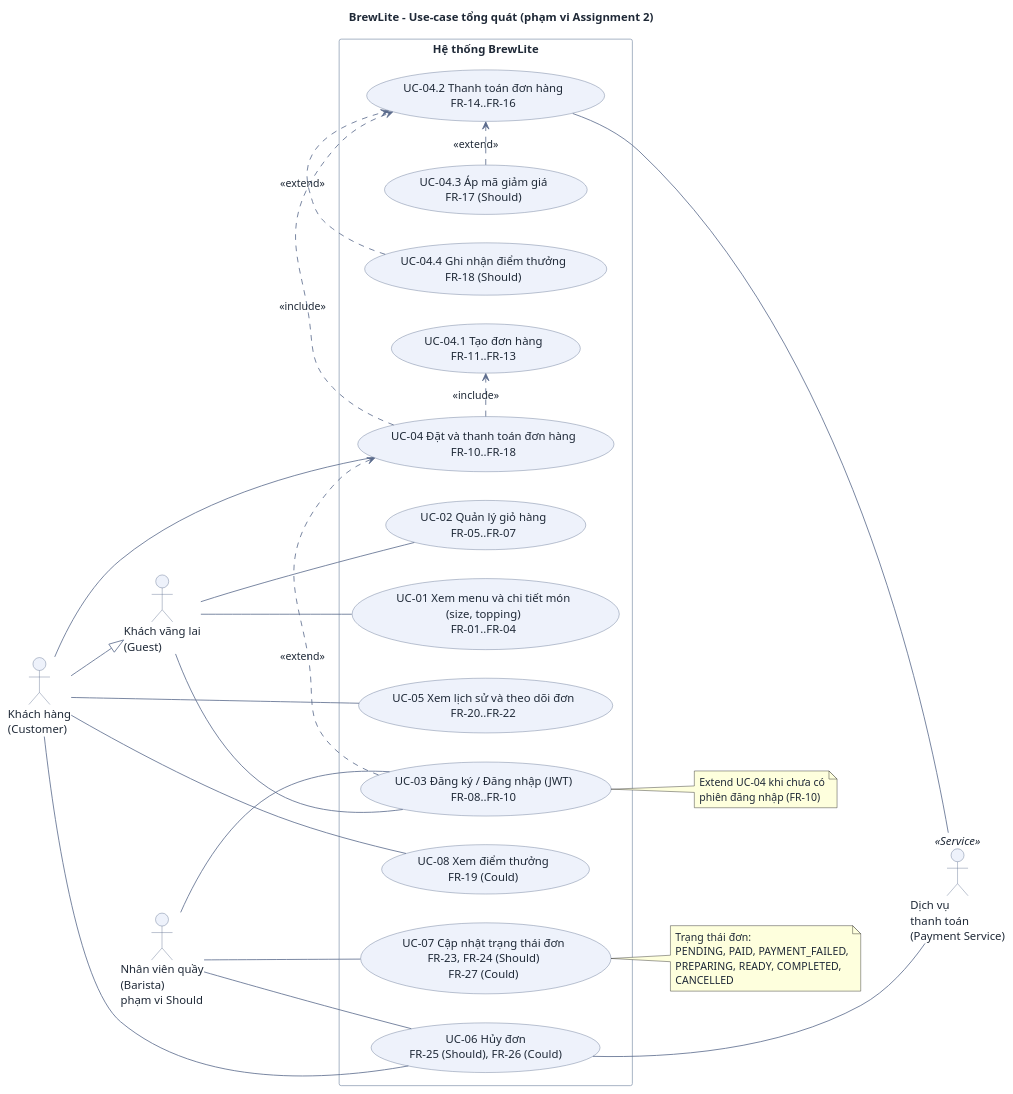
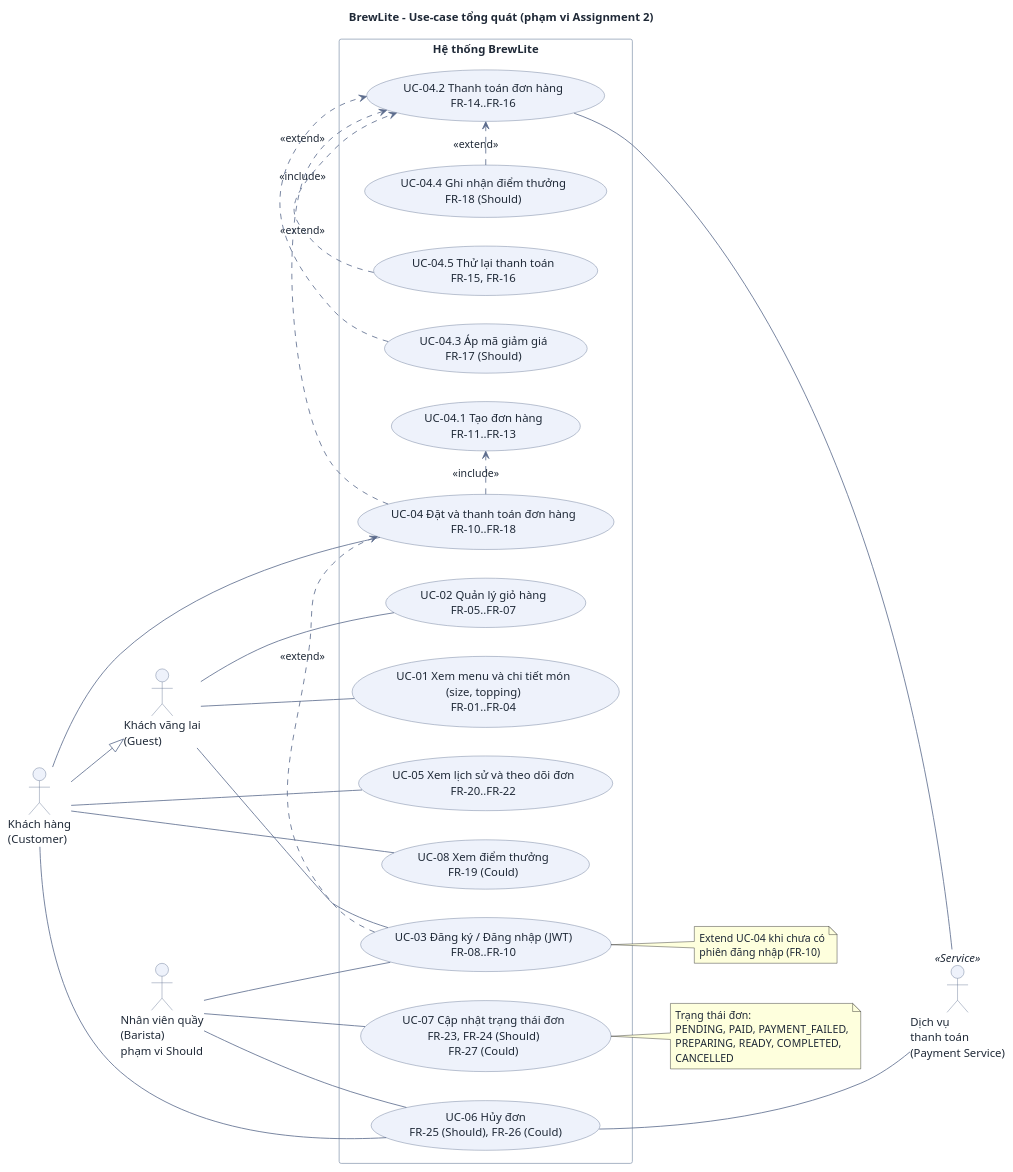
One commit to DuVinhLoi/BrewLite changed the diagram in docs/requirements/use-case-overview.puml. Above: the diagram before and after it, drawn with PlantUML. The commit also changed 5 other files, not shown here.

```diff
--- a/docs/requirements/use-case-overview.puml
+++ b/docs/requirements/use-case-overview.puml
@@ -1,76 +1,78 @@
 @startuml use-case-overview
 ' BrewLite A2 - Use-case diagram tong quat (de A2 3.2 muc 5). Nguon: docs/requirements/srs.md muc 2.
 skinparam DefaultFontColor #1f2937
 skinparam ArrowColor #5b6b8c
 skinparam ArrowFontColor #1f2937
 skinparam PackageBackgroundColor #f8fafc
 skinparam PackageBorderColor #94a3b8
 skinparam RectangleBackgroundColor #ffffff
 skinparam RectangleBorderColor #94a3b8
 skinparam ActorBackgroundColor #eef2fb
 skinparam ActorBorderColor #5b6b8c
 skinparam UsecaseBackgroundColor #eef2fb
 skinparam UsecaseBorderColor #5b6b8c
 skinparam Shadowing false
 
 left to right direction
 
 title BrewLite - Use-case tổng quát (phạm vi Assignment 2)
 
 actor "Khách vãng lai\n(Guest)" as Guest
 actor "Khách hàng\n(Customer)" as Customer
 actor "Nhân viên quầy\n(Barista)\nphạm vi Should" as Barista
 actor "Dịch vụ\nthanh toán\n(Payment Service)" as Pay <<Service>>
 
 Customer --|> Guest
 
 rectangle "Hệ thống BrewLite" {
   usecase "UC-01 Xem menu và chi tiết món\n(size, topping)\nFR-01..FR-04" as UC01
   usecase "UC-02 Quản lý giỏ hàng\nFR-05..FR-07" as UC02
   usecase "UC-03 Đăng ký / Đăng nhập (JWT)\nFR-08..FR-10" as UC03
   usecase "UC-04 Đặt và thanh toán đơn hàng\nFR-10..FR-18" as UC04
   usecase "UC-04.1 Tạo đơn hàng\nFR-11..FR-13" as UC041
   usecase "UC-04.2 Thanh toán đơn hàng\nFR-14..FR-16" as UC042
   usecase "UC-04.3 Áp mã giảm giá\nFR-17 (Should)" as UC043
   usecase "UC-04.4 Ghi nhận điểm thưởng\nFR-18 (Should)" as UC044
+  usecase "UC-04.5 Thử lại thanh toán\nFR-15, FR-16" as UC045
   usecase "UC-05 Xem lịch sử và theo dõi đơn\nFR-20..FR-22" as UC05
   usecase "UC-06 Hủy đơn\nFR-25 (Should), FR-26 (Could)" as UC06
   usecase "UC-07 Cập nhật trạng thái đơn\nFR-23, FR-24 (Should)\nFR-27 (Could)" as UC07
   usecase "UC-08 Xem điểm thưởng\nFR-19 (Could)" as UC08
 }
 
 Guest --- UC01
 Guest --- UC02
 Guest --- UC03
 
 Customer --- UC04
 Customer --- UC05
 Customer --- UC06
 Customer --- UC08
 
 Barista --- UC03
 Barista --- UC07
 Barista --- UC06
 
 UC04 .> UC041 : <<include>>
 UC04 .> UC042 : <<include>>
 UC043 .> UC042 : <<extend>>
 UC044 .> UC042 : <<extend>>
+UC045 .> UC042 : <<extend>>
 UC03 .> UC04 : <<extend>>
 
 UC042 --- Pay
 UC06 --- Pay
 
 note right of UC03
   Extend UC-04 khi chưa có
   phiên đăng nhập (FR-10)
 end note
 
 note right of UC07
   Trạng thái đơn:
   PENDING, PAID, PAYMENT_FAILED,
   PREPARING, READY, COMPLETED,
   CANCELLED
 end note
 
 @enduml
```
